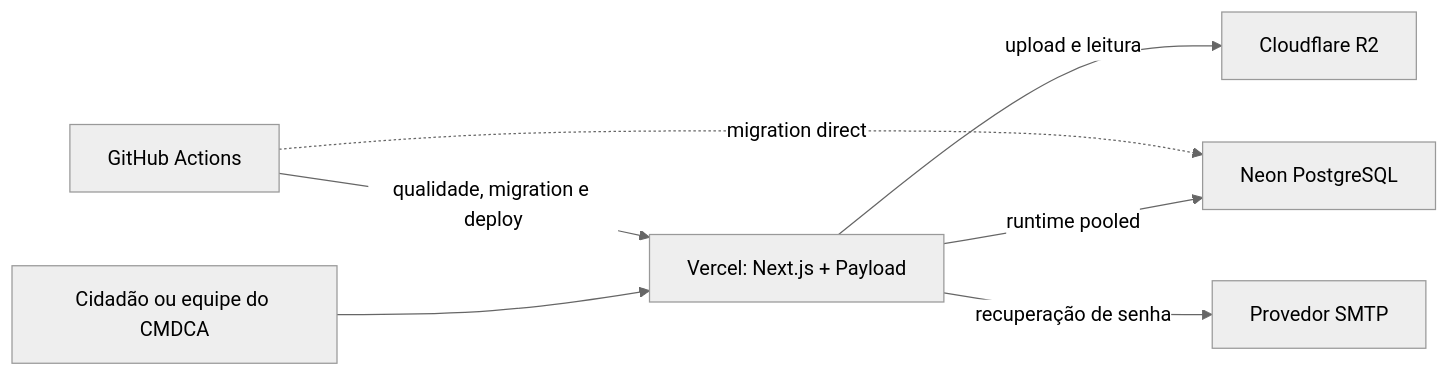
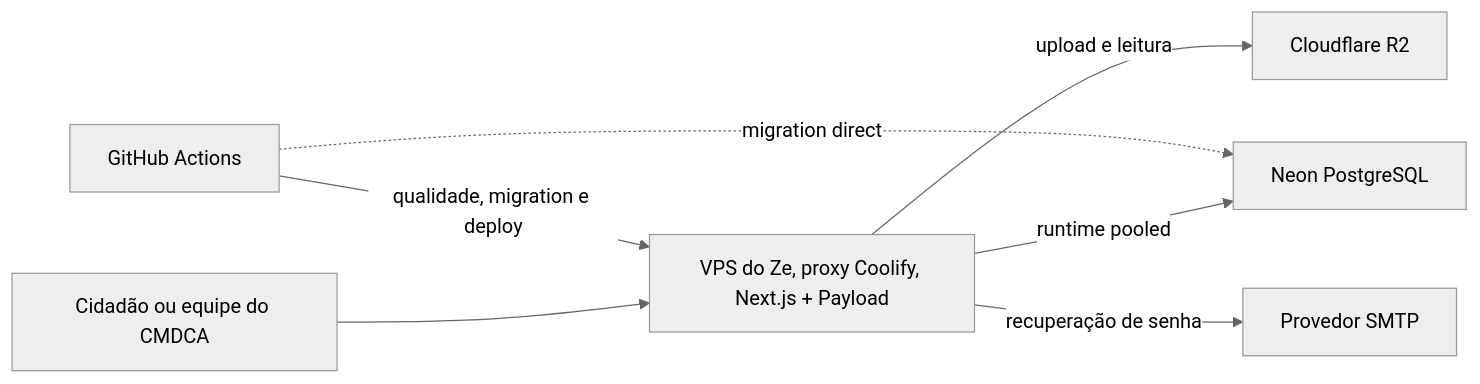
Before and after one commit to vhonorato02/cmdca: the diagram in docs/ARQUITETURA.md, drawn with Mermaid (neutral theme). The commit also changed other lines of this file and 29 other files, not shown here.

````diff
--- a/docs/ARQUITETURA.md
+++ b/docs/ARQUITETURA.md
@@ -5,9 +5,9 @@
 ```mermaid
 flowchart LR
-  C["Cidadão ou equipe do CMDCA"] --> V["Vercel: Next.js + Payload"]
+  C["Cidadão ou equipe do CMDCA"] --> V["VPS do Ze, proxy Coolify, Next.js + Payload"]
   V -->|"runtime pooled"| N["Neon PostgreSQL"]
   V -->|"upload e leitura"| R["Cloudflare R2"]
   V -->|"recuperação de senha"| E["Provedor SMTP"]
   G["GitHub Actions"] -->|"qualidade, migration e deploy"| V
   G -. "migration direct" .-> N
 ```
````
